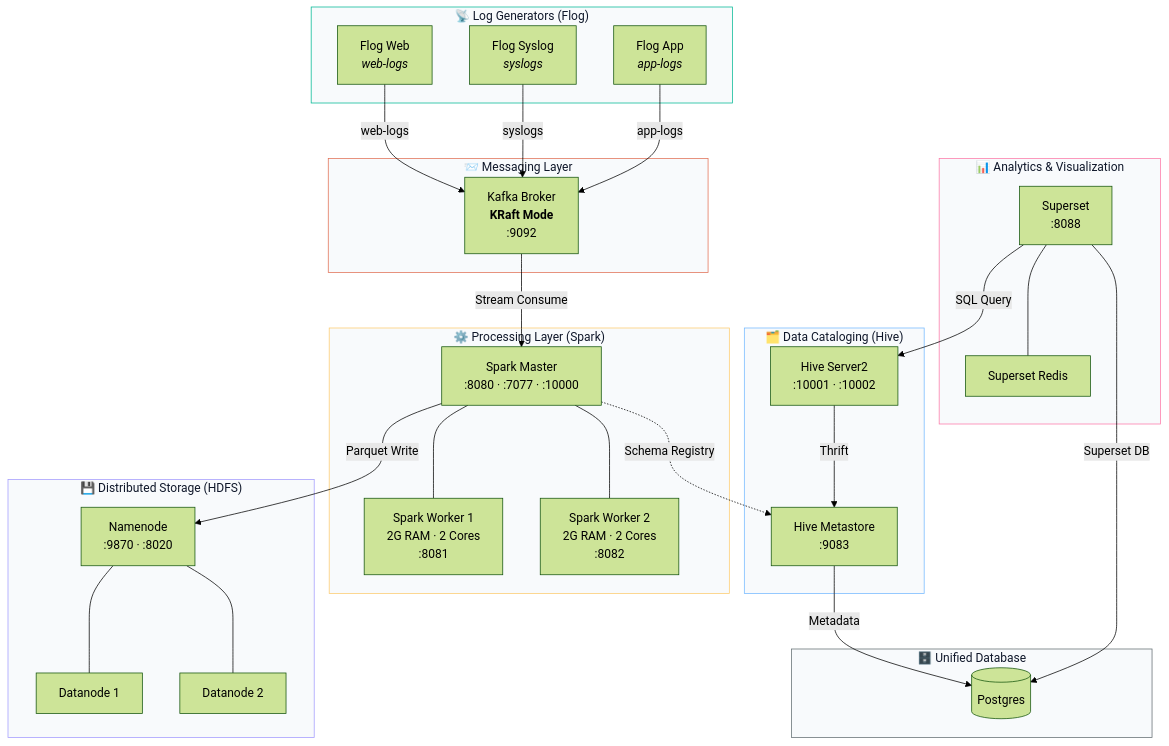
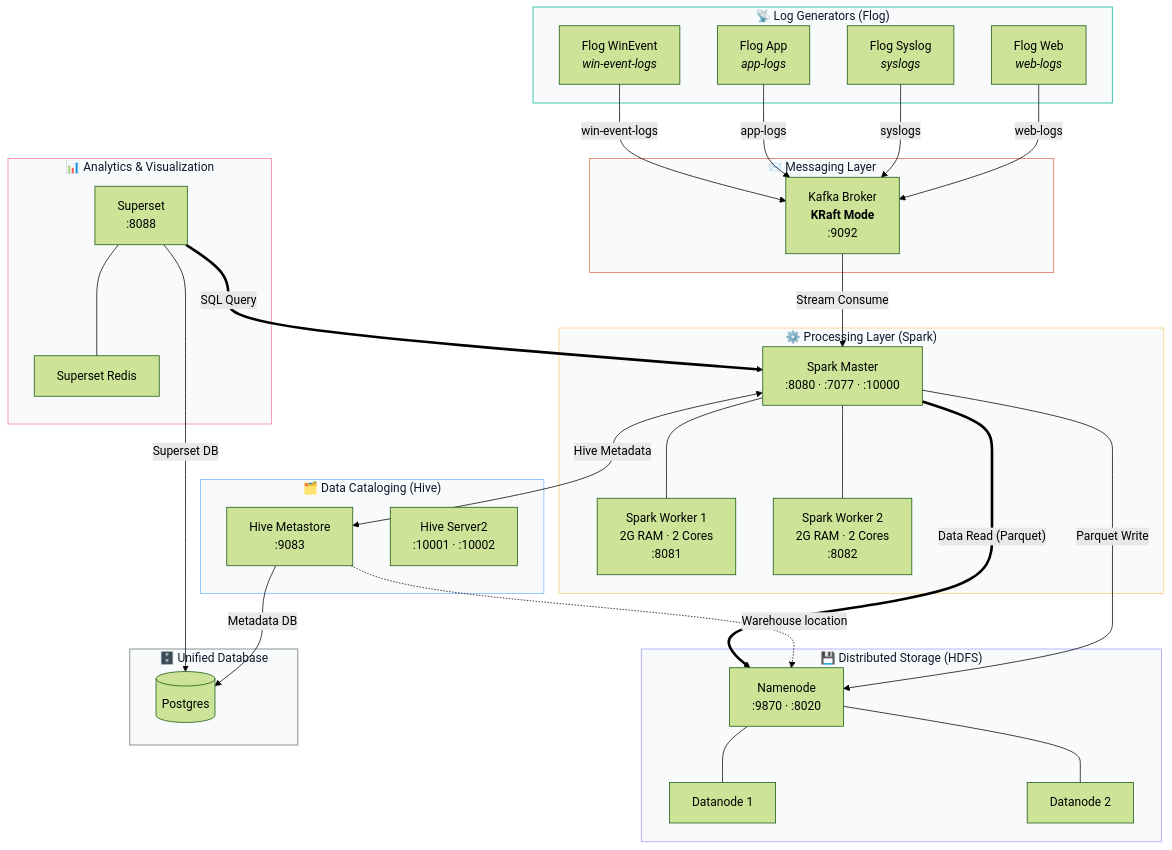
The diagram in README.md (yusufarbc/Apache-BigData-SIEM), drawn with Mermaid (forest theme) before and after one commit. The commit also changed other lines of this file and 2 other files, not shown here.

Commit message:
feat: Add Lakehouse SIEM showcase presentation and architecture documentation.

````diff
--- a/README.md
+++ b/README.md
@@ -22,62 +22,65 @@
 ```mermaid
 graph TD
     subgraph FLOG["📡 Log Generators (Flog)"]
         FW["Flog Web<br/><i>web-logs</i>"]
         FS["Flog Syslog<br/><i>syslogs</i>"]
         FA["Flog App<br/><i>app-logs</i>"]
+        FE["Flog WinEvent<br/><i>win-event-logs</i>"]
     end
 
     subgraph KAFKA["📨 Messaging Layer"]
         KB["Kafka Broker<br/><b>KRaft Mode</b><br/>:9092"]
     end
 
     subgraph SPARK["⚙️ Processing Layer (Spark)"]
         SM["Spark Master<br/>:8080 · :7077 · :10000"]
         SW1["Spark Worker 1<br/>2G RAM · 2 Cores<br/>:8081"]
         SW2["Spark Worker 2<br/>2G RAM · 2 Cores<br/>:8082"]
     end
 
     subgraph HIVE["🗂️ Data Cataloging (Hive)"]
         HM["Hive Metastore<br/>:9083"]
         HS2["Hive Server2<br/>:10001 · :10002"]
     end
 
     subgraph HDFS["💾 Distributed Storage (HDFS)"]
         NN["Namenode<br/>:9870 · :8020"]
         DN1["Datanode 1"]
         DN2["Datanode 2"]
     end
 
     subgraph DB["🗄️ Unified Database"]
         PG[("Postgres")]
     end
 
     subgraph VIZ["📊 Analytics & Visualization"]
         SRED["Superset Redis"]
         SUP["Superset<br/>:8088"]
     end
 
     FW -->|"web-logs"| KB
     FS -->|"syslogs"| KB
     FA -->|"app-logs"| KB
+    FE -->|"win-event-logs"| KB
     KB -->|"Stream Consume"| SM
     SM --- SW1
     SM --- SW2
     SM -->|"Parquet Write"| NN
     NN --- DN1
     NN --- DN2
-    HM -->|"Metadata"| PG
-    HS2 -->|"Thrift"| HM
-    SM -.->|"Schema Registry"| HM
+    HM -->|"Metadata DB"| PG
+    HM -.->|"Warehouse location"| NN
     SUP -->|"Superset DB"| PG
-    SUP -->|"SQL Query"| HS2
+    SUP ==>|"SQL Query"| SM
+    SM ==>|"Data Read (Parquet)"| NN
+    SM <-->|"Hive Metadata"| HM
     SUP --- SRED
 
     style FLOG fill:#f8fafc,stroke:#00b894,color:#0f172a
     style KAFKA fill:#f8fafc,stroke:#e17055,color:#0f172a
     style SPARK fill:#f8fafc,stroke:#fdcb6e,color:#0f172a
     style HIVE fill:#f8fafc,stroke:#74b9ff,color:#0f172a
     style HDFS fill:#f8fafc,stroke:#a29bfe,color:#0f172a
     style DB fill:#f8fafc,stroke:#636e72,color:#0f172a
     style VIZ fill:#f8fafc,stroke:#fd79a8,color:#0f172a
 ```
````
